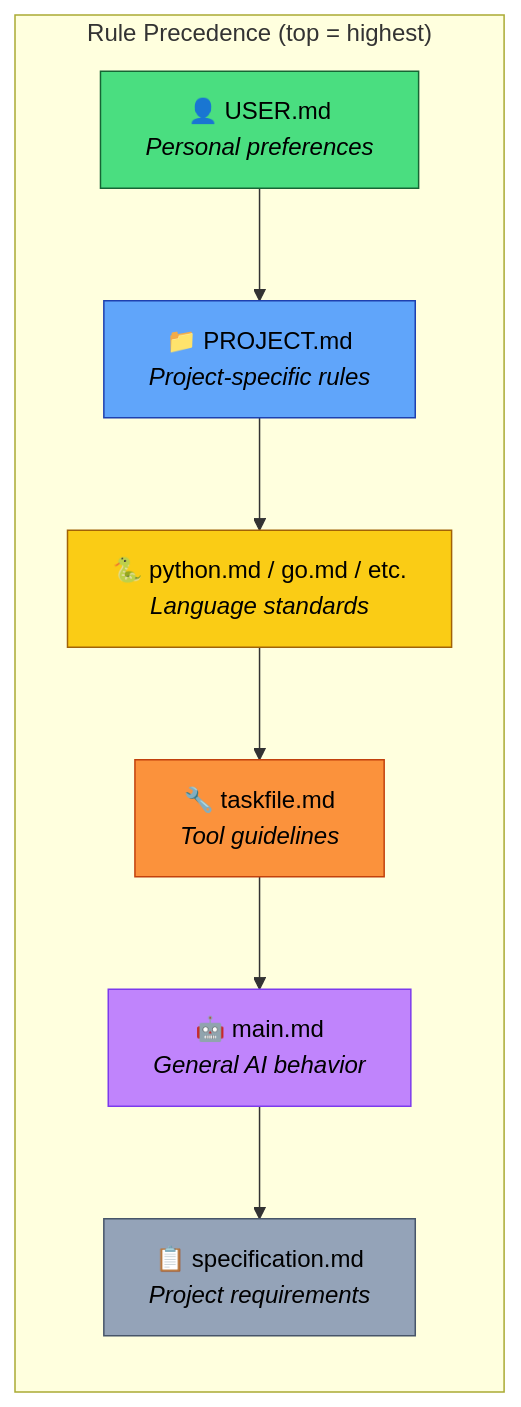
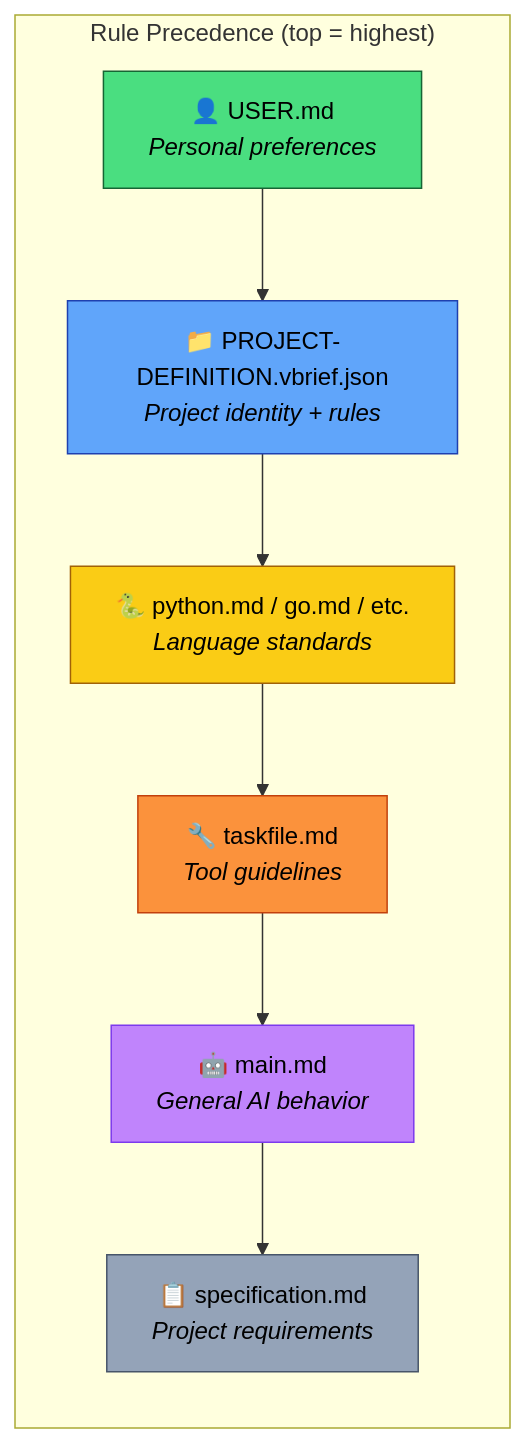
The first of 8 diagrams in README.md (deftai/directive), drawn with Mermaid before and after one commit. The commit also changed 2 other files, not shown here.

Commit message:
fix: address Greptile review findings (batch)
- Remove accidentally committed launch-agent.ps1 (agent driver script)
- Update strategies/interview.md PROJECT.md Override section to reference
  PROJECT-DEFINITION.vbrief.json (with deprecated PROJECT.md fallback)
- Update README.md mermaid rule precedence diagram to show
  PROJECT-DEFINITION.vbrief.json instead of PROJECT.md

MCP unavailable in this session -- used gh api fallback for review comments.

````diff
--- a/README.md
+++ b/README.md
@@ -167,25 +167,25 @@
 ```mermaid
 flowchart TD
     subgraph precedence ["Rule Precedence (top = highest)"]
         direction TB
         U["👤 USER.md<br/><i>Personal preferences</i>"]
-        P["📁 PROJECT.md<br/><i>Project-specific rules</i>"]
+        P["📁 PROJECT-DEFINITION.vbrief.json<br/><i>Project identity + rules</i>"]
         L["🐍 python.md / go.md / etc.<br/><i>Language standards</i>"]
         T["🔧 taskfile.md<br/><i>Tool guidelines</i>"]
         M["🤖 main.md<br/><i>General AI behavior</i>"]
         S["📋 specification.md<br/><i>Project requirements</i>"]
     end
 
     U --> P
     P --> L
     L --> T
     T --> M
     M --> S
 
     style U fill:#4ade80,stroke:#166534,color:#000
     style P fill:#60a5fa,stroke:#1e40af,color:#000
     style L fill:#facc15,stroke:#a16207,color:#000
     style T fill:#fb923c,stroke:#c2410c,color:#000
     style M fill:#c084fc,stroke:#7c3aed,color:#000
     style S fill:#94a3b8,stroke:#475569,color:#000
 ```
````
